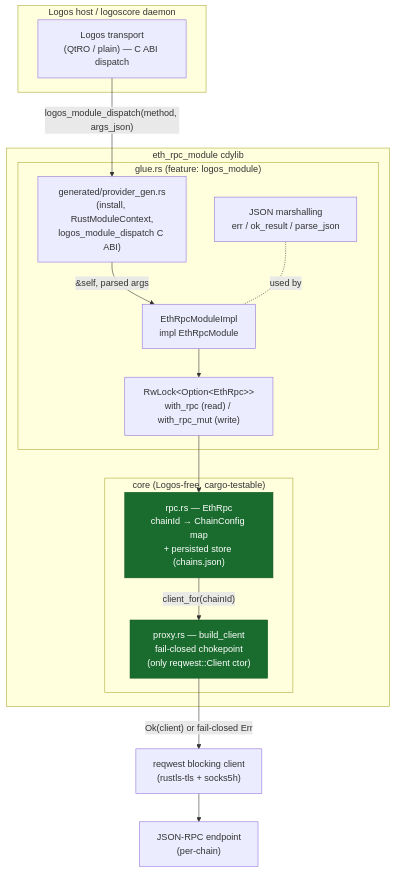
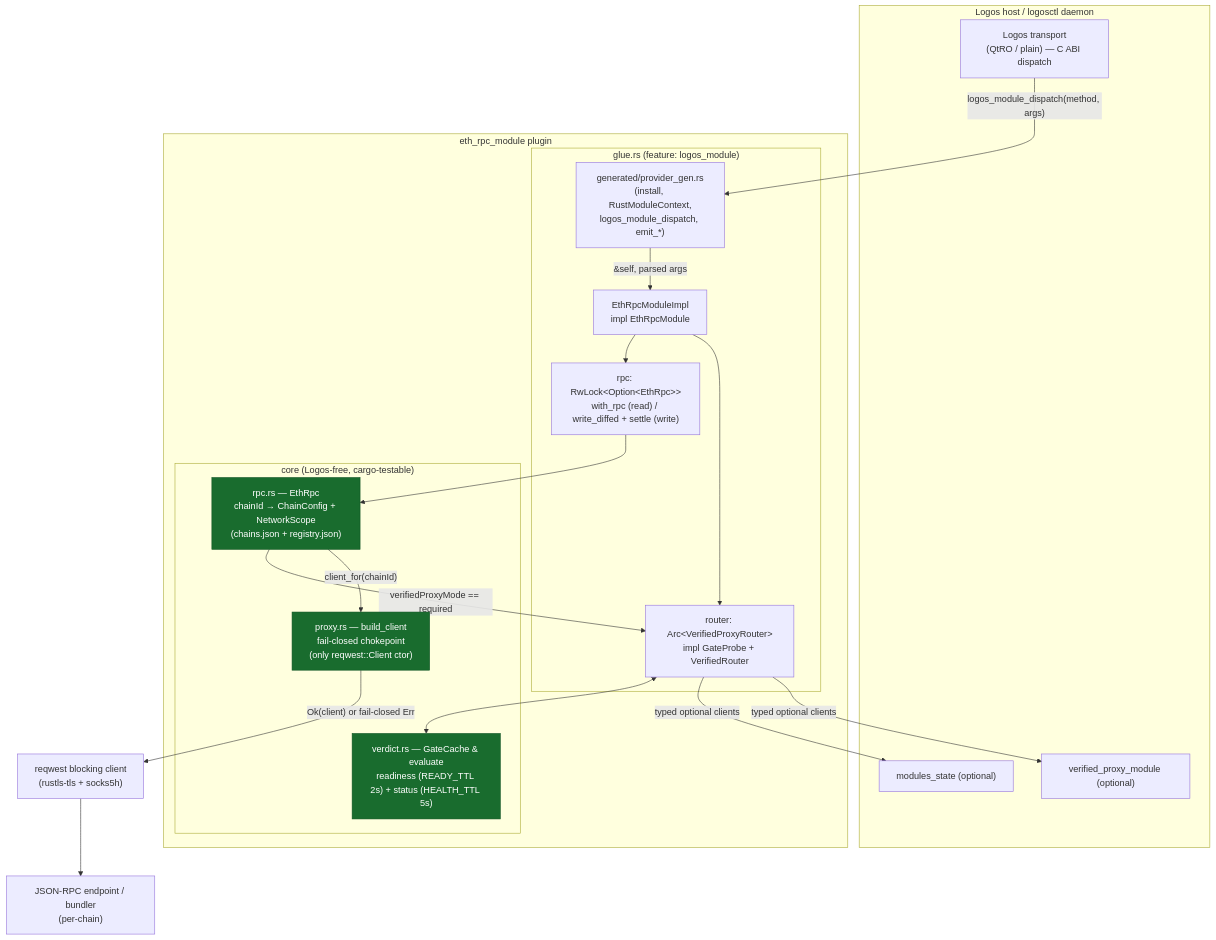
Before and after one commit to logos-co/logos-evm-eth-rpc-module: the second of 3 diagrams in docs/specs.md, drawn with Mermaid. The commit also changed other lines of this file, not shown here.

````diff
--- a/docs/specs.md
+++ b/docs/specs.md
@@ -112,34 +128,41 @@
 ```mermaid
 flowchart TB
-    subgraph Host["Logos host / logoscore daemon"]
+    subgraph Host["Logos host / logosctl daemon"]
         TR["Logos transport<br/>(QtRO / plain) — C ABI dispatch"]
+        MS["modules_state (optional)"]
+        VP["verified_proxy_module (optional)"]
     end
 
-    subgraph Crate["eth_rpc_module cdylib"]
+    subgraph Crate["eth_rpc_module plugin"]
         subgraph Glue["glue.rs (feature: logos_module)"]
-            GEN["generated/provider_gen.rs<br/>(install, RustModuleContext,<br/>logos_module_dispatch C ABI)"]
+            GEN["generated/provider_gen.rs<br/>(install, RustModuleContext,<br/>logos_module_dispatch, emit_*)"]
             IMPL["EthRpcModuleImpl<br/>impl EthRpcModule"]
-            STATE["RwLock&lt;Option&lt;EthRpc&gt;&gt;<br/>with_rpc (read) / with_rpc_mut (write)"]
-            JSON["JSON marshalling<br/>err / ok_result / parse_json"]
+            STATE["rpc: RwLock&lt;Option&lt;EthRpc&gt;&gt;<br/>with_rpc (read) / write_diffed + settle (write)"]
+            ROUTER["router: Arc&lt;VerifiedProxyRouter&gt;<br/>impl GateProbe + VerifiedRouter"]
         end
         subgraph Core["core (Logos-free, cargo-testable)"]
-            RPC["rpc.rs — EthRpc<br/>chainId → ChainConfig map<br/>+ persisted store (chains.json)"]
+            RPC["rpc.rs — EthRpc<br/>chainId → ChainConfig + NetworkScope<br/>(chains.json + registry.json)"]
+            VERD["verdict.rs — GateCache &amp; evaluate<br/>readiness (READY_TTL 2s) + status (HEALTH_TTL 5s)"]
             PROXY["proxy.rs — build_client<br/>fail-closed chokepoint<br/>(only reqwest::Client ctor)"]
         end
     end
 
     NET["reqwest blocking client<br/>(rustls-tls + socks5h)"]
-    NODE["JSON-RPC endpoint<br/>(per-chain)"]
+    NODE["JSON-RPC endpoint / bundler<br/>(per-chain)"]
 
-    TR -->|"logos_module_dispatch(method, args_json)"| GEN
-    GEN -->|"&self, parsed args"| IMPL
+    TR -->|"logos_module_dispatch(method, args)"| GEN
+    GEN -->|"&amp;self, parsed args"| IMPL
     IMPL --> STATE
     STATE --> RPC
-    JSON -. used by .- IMPL
+    IMPL --> ROUTER
+    RPC -->|"verifiedProxyMode == required"| ROUTER
+    ROUTER <--> VERD
+    ROUTER -->|"typed optional clients"| MS
+    ROUTER -->|"typed optional clients"| VP
     RPC -->|"client_for(chainId)"| PROXY
     PROXY -->|"Ok(client) or fail-closed Err"| NET
     NET --> NODE
 
     classDef core fill:#196c2e,stroke:#0f5323,color:#fff;
-    class RPC,PROXY core;
+    class RPC,VERD,PROXY core;
 ```
````
